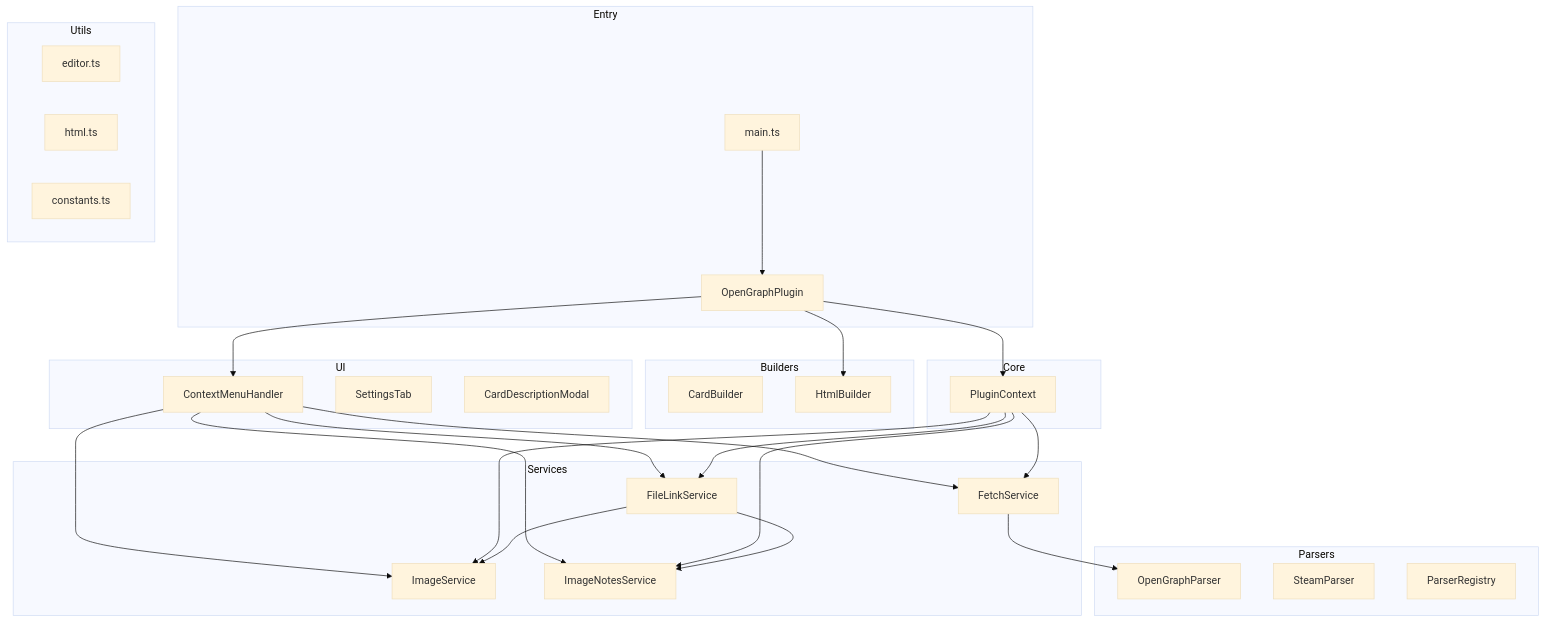
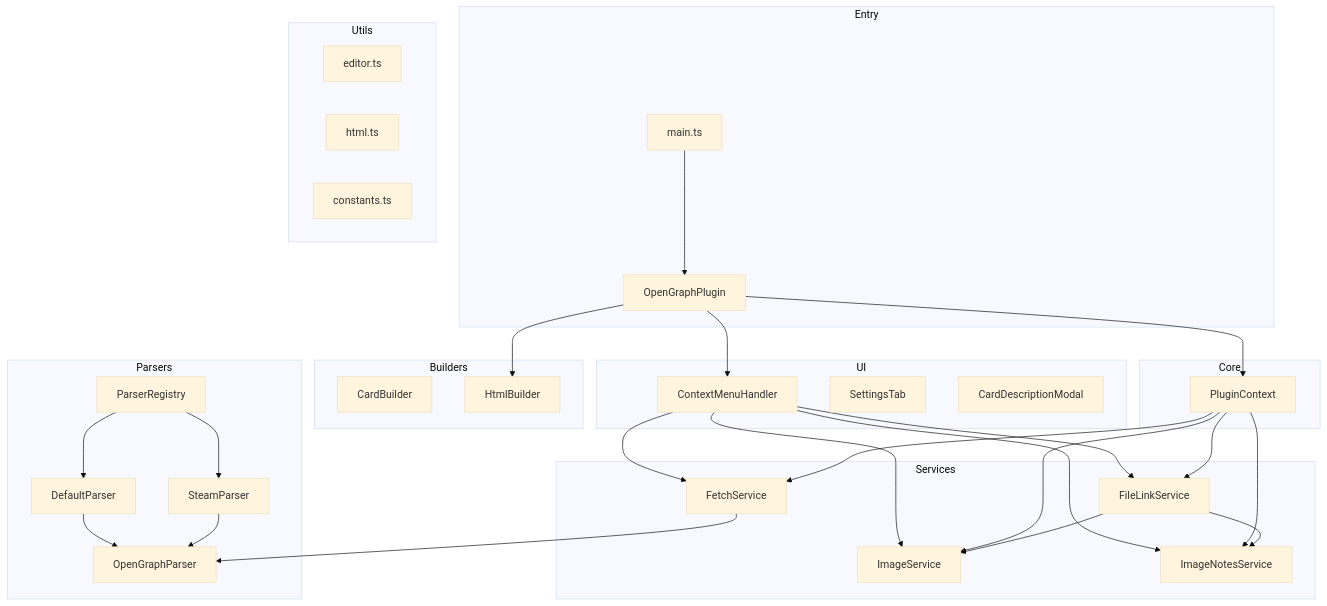
Before and after one commit to viruseg/obsidian-open-graph-card: the diagram in .kilocode/rules-ask/AGENTS.md, drawn with Mermaid (base theme). The commit also changed other lines of this file and 13 other files, not shown here.

````diff
--- a/.kilocode/rules-ask/AGENTS.md
+++ b/.kilocode/rules-ask/AGENTS.md
@@ -11,54 +11,59 @@
 ```mermaid
 flowchart TB
     subgraph Entry
         A[main.ts] --> B[OpenGraphPlugin]
     end
     
     subgraph Core
         B --> C[PluginContext]
     end
     
     subgraph Services
         E[FetchService]
         F[FileLinkService]
         G[ImageService]
         H[ImageNotesService]
     end
     
     subgraph Parsers
         I[OpenGraphParser]
+        I1[DefaultParser]
         J[SteamParser]
         K[ParserRegistry]
     end
     
     subgraph Builders
         L[CardBuilder]
         M[HtmlBuilder]
     end
     
     subgraph UI
         N[ContextMenuHandler]
         O[SettingsTab]
         P[CardDescriptionModal]
     end
     
     subgraph Utils
         Q[editor.ts]
         R[html.ts]
         S[constants.ts]
     end
     
     B --> N
     N --> E
     N --> F
     N --> G
     N --> H
     C --> E
     C --> F
     C --> G
     C --> H
     E --> I
     B --> M
     F --> G
     F --> H
+    I1 --> I
+    J --> I
+    K --> I1
+    K --> J
 ```
````
